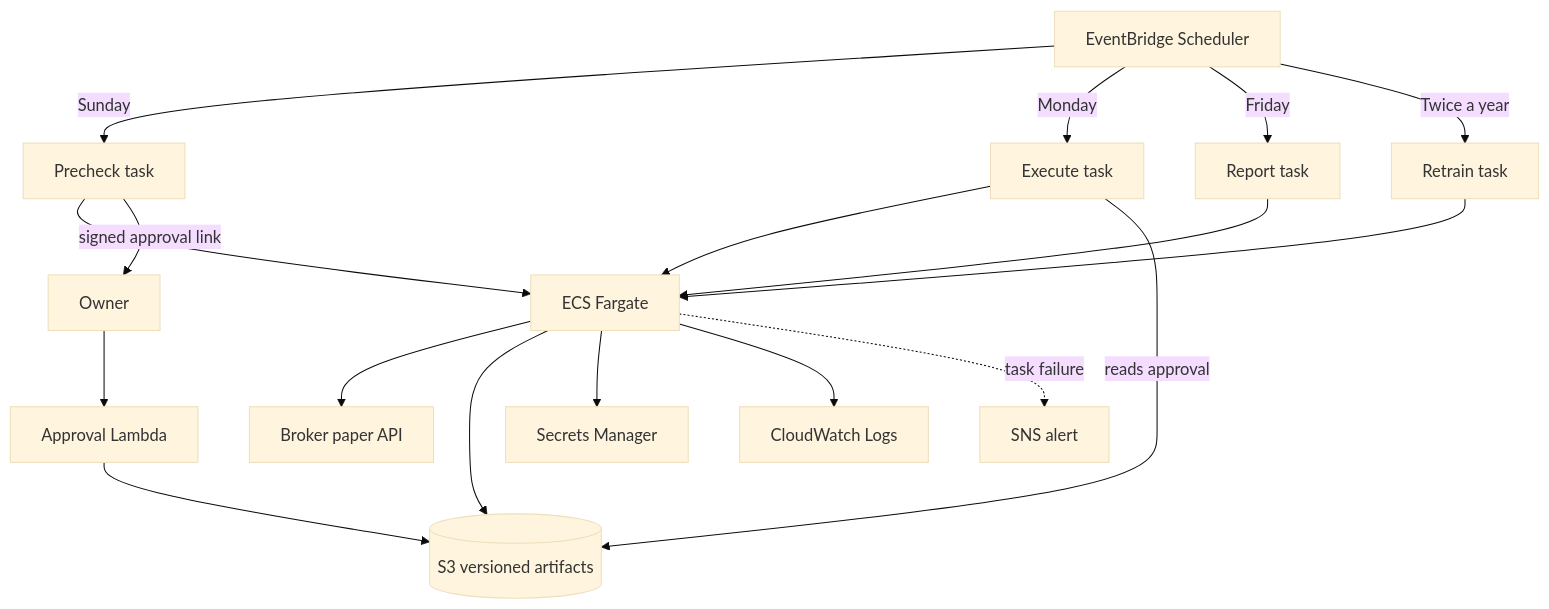
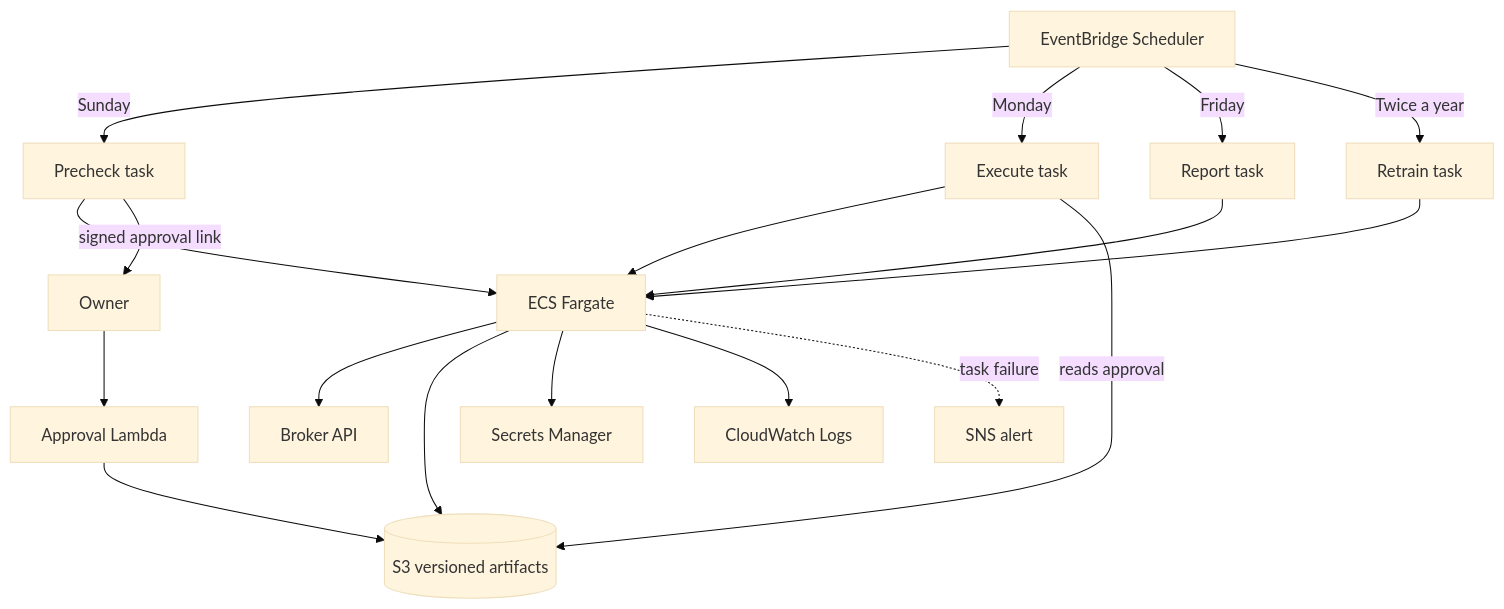
The second of 2 diagrams in docs/architecture.md (mennosmit-dev/rl-etf-allocation), drawn with Mermaid (base theme) before and after one commit. The commit also changed other lines of this file and 1 other file, not shown here.

Commit message:
docs: describe the private deployment without implying paper-only trading

````diff
--- a/docs/architecture.md
+++ b/docs/architecture.md
@@ -63,17 +63,17 @@
 ```mermaid
 flowchart TD
     S[EventBridge Scheduler] -->|Sunday| P[Precheck task]
     S -->|Monday| X[Execute task]
     S -->|Friday| R[Report task]
     S -->|Twice a year| T[Retrain task]
     P & X & R & T --> F[ECS Fargate]
-    F --> B[Broker paper API]
+    F --> B[Broker API]
     F --> S3[(S3 versioned artifacts)]
     F --> SM[Secrets Manager]
     F --> CW[CloudWatch Logs]
     P -->|signed approval link| U[Owner]
     U --> L[Approval Lambda]
     L --> S3
     X -->|reads approval| S3
     F -.->|task failure| SNS[SNS alert]
 ```
````
